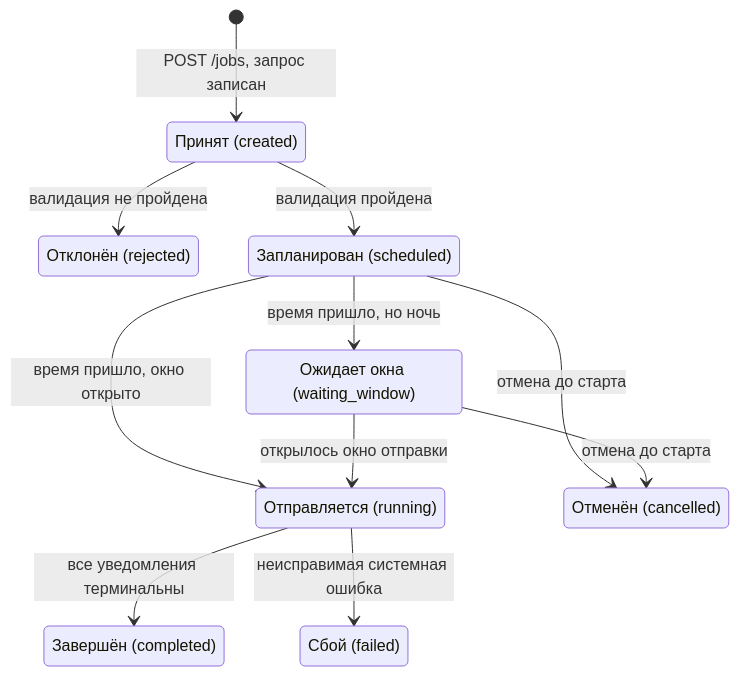
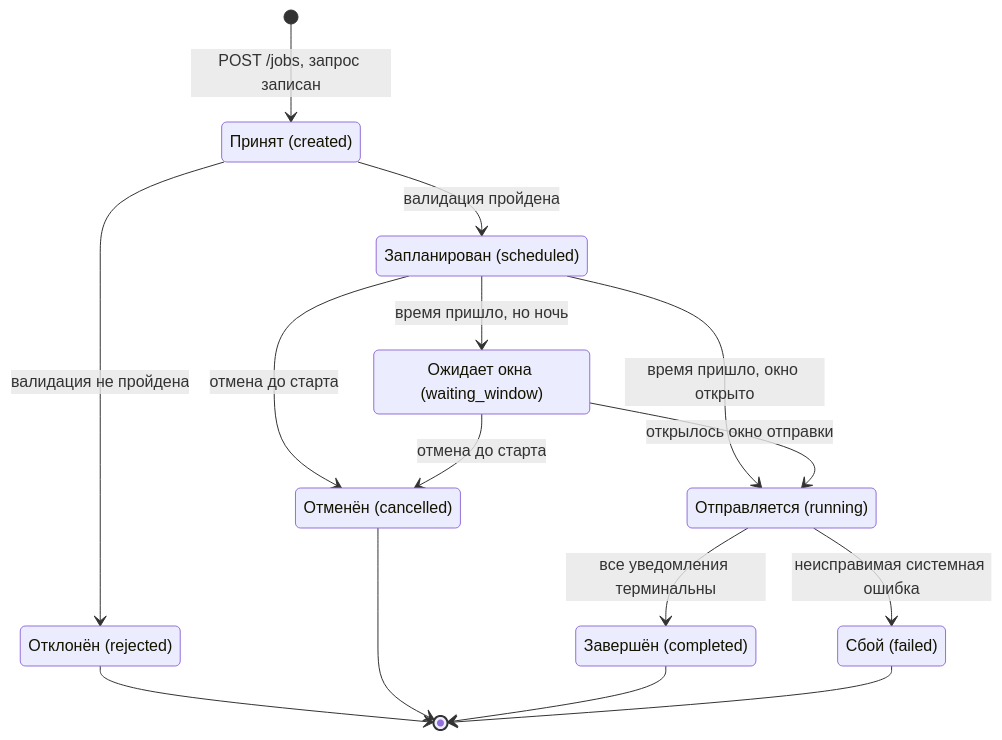
Before and after one commit to AIProgramIngeneering2026/team-auto-1: the third of 4 diagrams in docs/architecture.md, drawn with Mermaid. The commit also changed other lines of this file, not shown here.

````diff
--- a/docs/architecture.md
+++ b/docs/architecture.md
@@ -160,23 +160,27 @@
 ```mermaid
 stateDiagram-v2
     direction TB
     state "Принят (created)" as CREATED
     state "Отклонён (rejected)" as REJECTED
     state "Запланирован (scheduled)" as SCHEDULED
     state "Ожидает окна (waiting_window)" as WINDOW
     state "Отправляется (running)" as RUNNING
     state "Завершён (completed)" as COMPLETED
     state "Сбой (failed)" as FAILED
     state "Отменён (cancelled)" as CANCELLED
 
     [*] --> CREATED : POST /jobs, запрос записан
     CREATED --> SCHEDULED : валидация пройдена
     CREATED --> REJECTED : валидация не пройдена
     SCHEDULED --> WINDOW : время пришло, но ночь
     SCHEDULED --> RUNNING : время пришло, окно открыто
     WINDOW --> RUNNING : открылось окно отправки
     SCHEDULED --> CANCELLED : отмена до старта
     WINDOW --> CANCELLED : отмена до старта
     RUNNING --> COMPLETED : все уведомления терминальны
     RUNNING --> FAILED : неисправимая системная ошибка
+    REJECTED --> [*]
+    CANCELLED --> [*]
+    COMPLETED --> [*]
+    FAILED --> [*]
 ```
````
